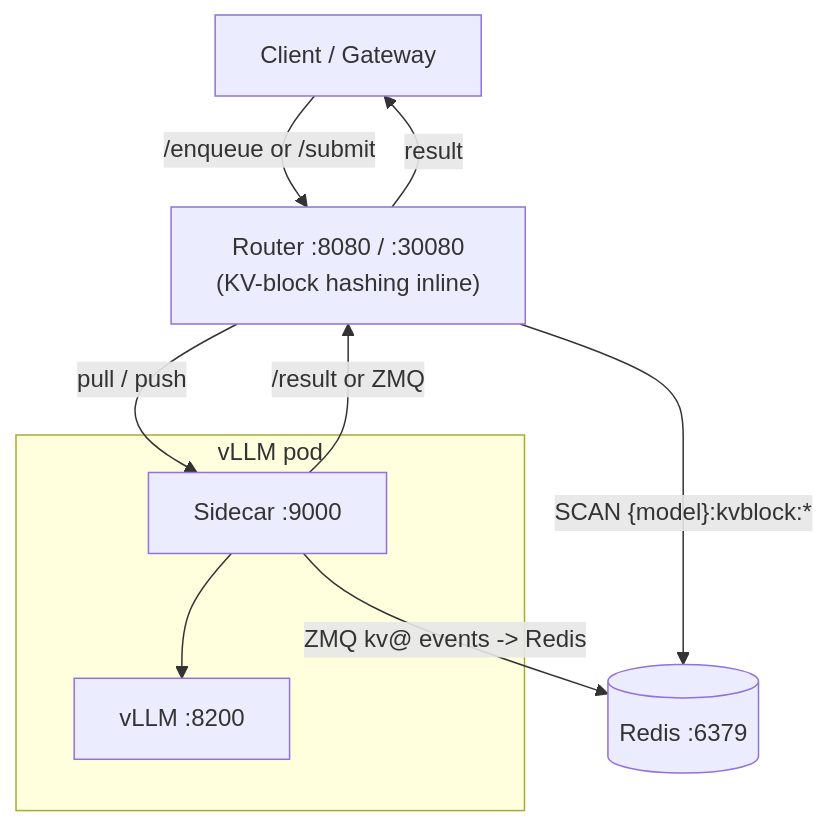
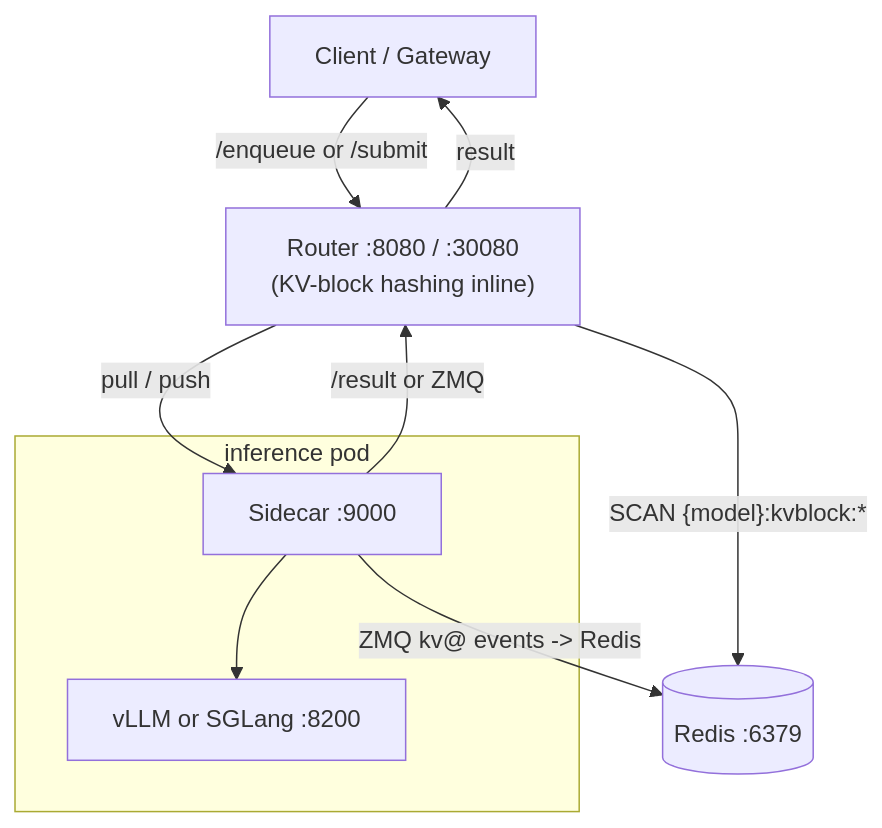
Before and after one commit to immengzi/LLM-LA: the diagram in docs/architecture/overview.md, drawn with Mermaid. The commit also changed other lines of this file and 55 other files, not shown here.

First line of the commit message:
feat(sglang): add engine switch with full-stack vLLM/SGLang support

````diff
--- a/docs/architecture/overview.md
+++ b/docs/architecture/overview.md
@@ -7,17 +7,17 @@
 ```mermaid
 flowchart TB
   Client["Client / Gateway"]
   Router["Router :8080 / :30080<br/>(KV-block hashing inline)"]
   Redis[("Redis :6379")]
 
-  subgraph pod [vLLM pod]
-    Sidecar["Sidecar :9000"] --> vLLM["vLLM :8200"]
+  subgraph pod [inference pod]
+    Sidecar["Sidecar :9000"] --> Engine["vLLM or SGLang :8200"]
   end
 
   Client -->|"/enqueue or /submit"| Router
   Router -->|"pull / push"| Sidecar
   Router -->|"SCAN {model}:kvblock:*"| Redis
   Sidecar -->|"ZMQ kv@ events -> Redis"| Redis
   Sidecar -->|"/result or ZMQ"| Router
   Router -->|result| Client
 ```
````
